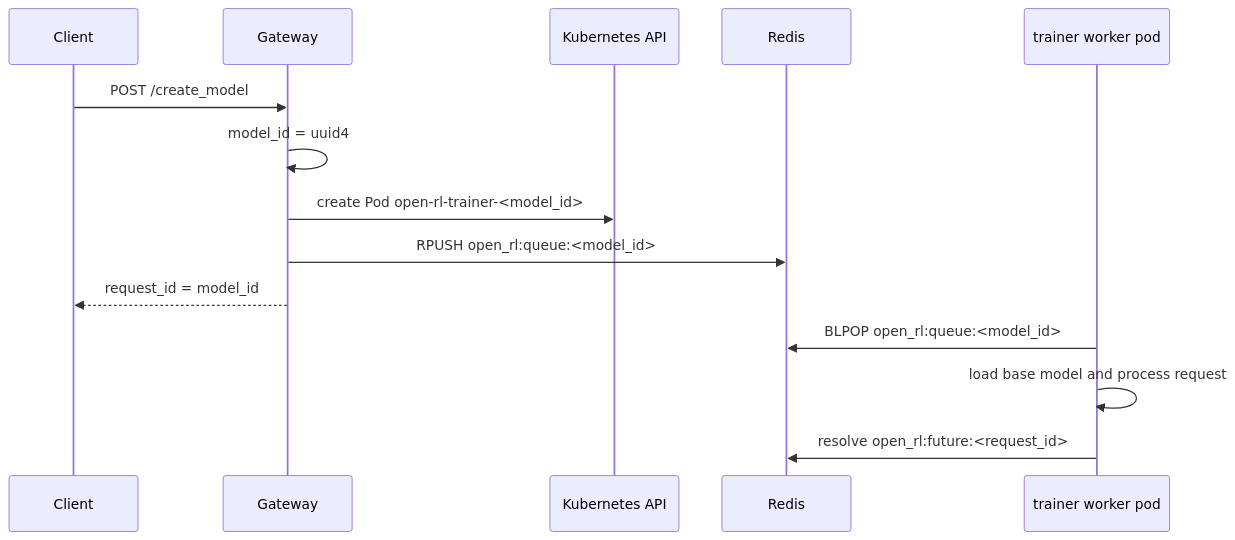
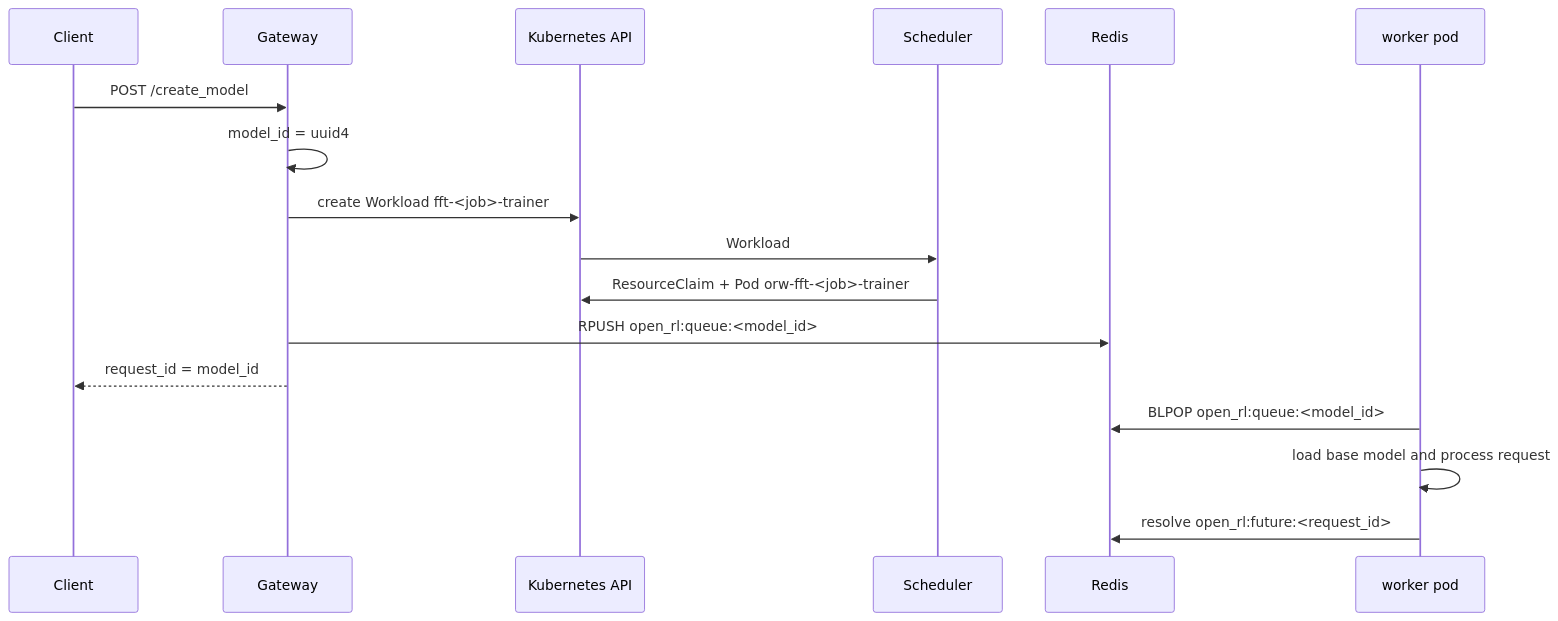
One commit to ShubyM/open-rl changed the second of 2 diagrams in docs/setup/gke-fft-timeslice.md. Above: the diagram before and after it, drawn with Mermaid. The commit also changed other lines of this file and 26 other files, not shown here.

Commit message:
feat: place FFT workers through the scheduler (#224)

````diff
--- a/docs/setup/gke-fft-timeslice.md
+++ b/docs/setup/gke-fft-timeslice.md
@@ -135,17 +112,20 @@
 ```mermaid
 sequenceDiagram
     participant C as Client
     participant G as Gateway
     participant K as Kubernetes API
+    participant S as Scheduler
     participant R as Redis
-    participant W as trainer worker pod
+    participant W as worker pod
 
     C->>G: POST /create_model
     G->>G: model_id = uuid4
-    G->>K: create Pod open-rl-trainer-<model_id>
+    G->>K: create Workload fft-<job>-trainer
+    K->>S: Workload
+    S->>K: ResourceClaim + Pod orw-fft-<job>-trainer
     G->>R: RPUSH open_rl:queue:<model_id>
     G-->>C: request_id = model_id
     W->>R: BLPOP open_rl:queue:<model_id>
     W->>W: load base model and process request
     W->>R: resolve open_rl:future:<request_id>
 ```
````
